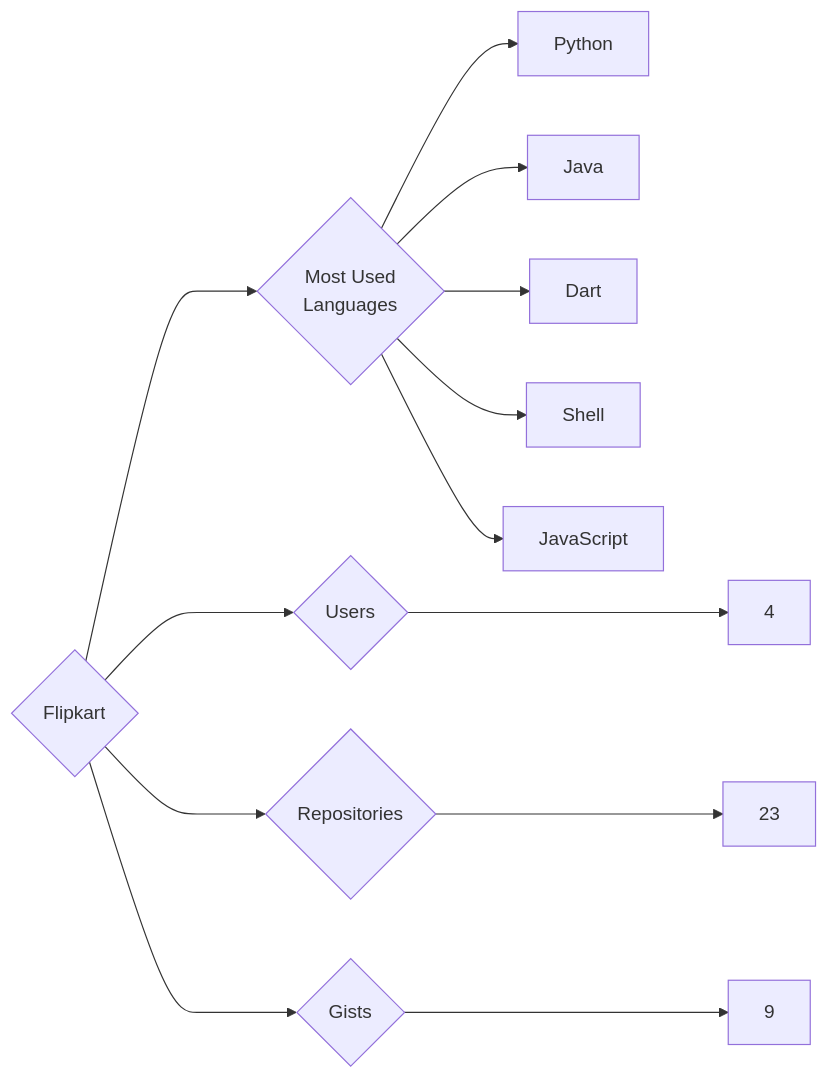
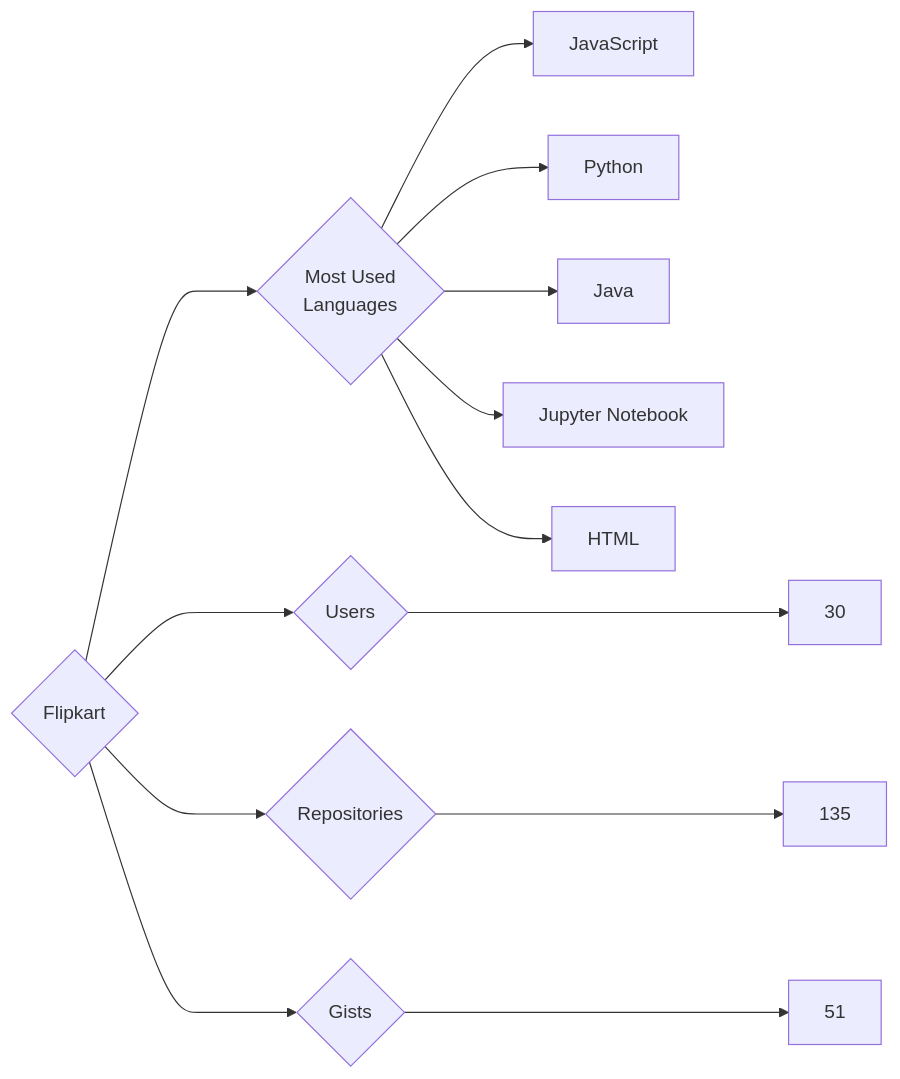
One commit to trickest/insiders changed the diagram in targets/Flipkart/README.md. Above: the diagram before and after it, drawn with Mermaid. The commit also changed 845 other files, not shown here.

````diff
--- a/targets/Flipkart/README.md
+++ b/targets/Flipkart/README.md
@@ -3,13 +3,13 @@
 ```mermaid
 graph LR
 COMPANY_NAME{Flipkart}
-COMPANY_NAME ---> U{Users} ---> UN[4]
-COMPANY_NAME ---> R{Repositories} ---> RN[23]
-COMPANY_NAME ---> G{Gists} ---> GN[9]
+COMPANY_NAME ---> U{Users} ---> UN[30]
+COMPANY_NAME ---> R{Repositories} ---> RN[135]
+COMPANY_NAME ---> G{Gists} ---> GN[51]
 COMPANY_NAME ---> ML{Most Used<br>Languages}
+ML --> JavaScript[JavaScript]
 ML --> Python[Python]
 ML --> Java[Java]
-ML --> Dart[Dart]
-ML --> Shell[Shell]
-ML --> JavaScript[JavaScript]
+ML --> Jupyter_Notebook[Jupyter Notebook]
+ML --> HTML[HTML]
 ```
````
